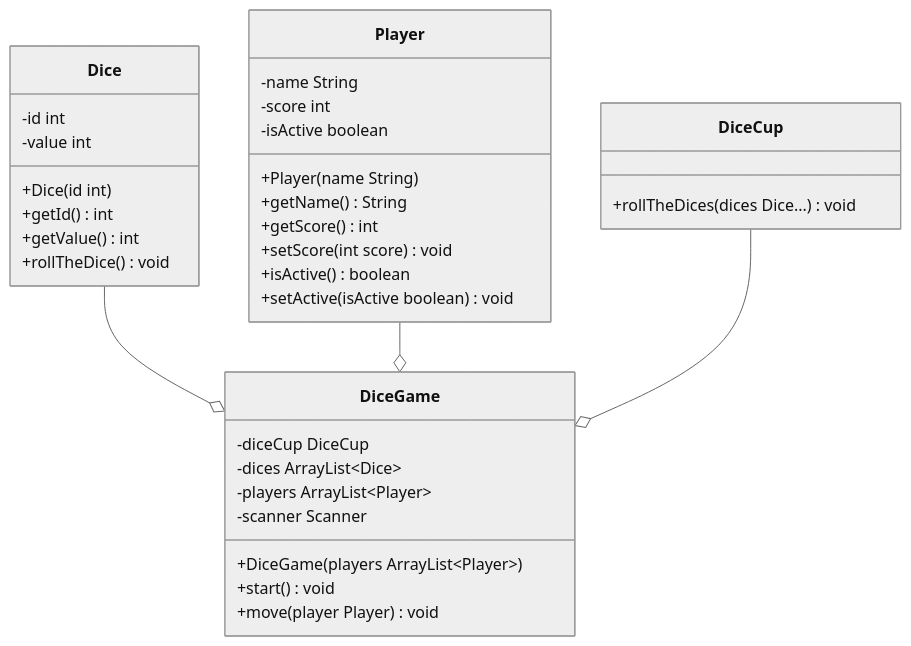
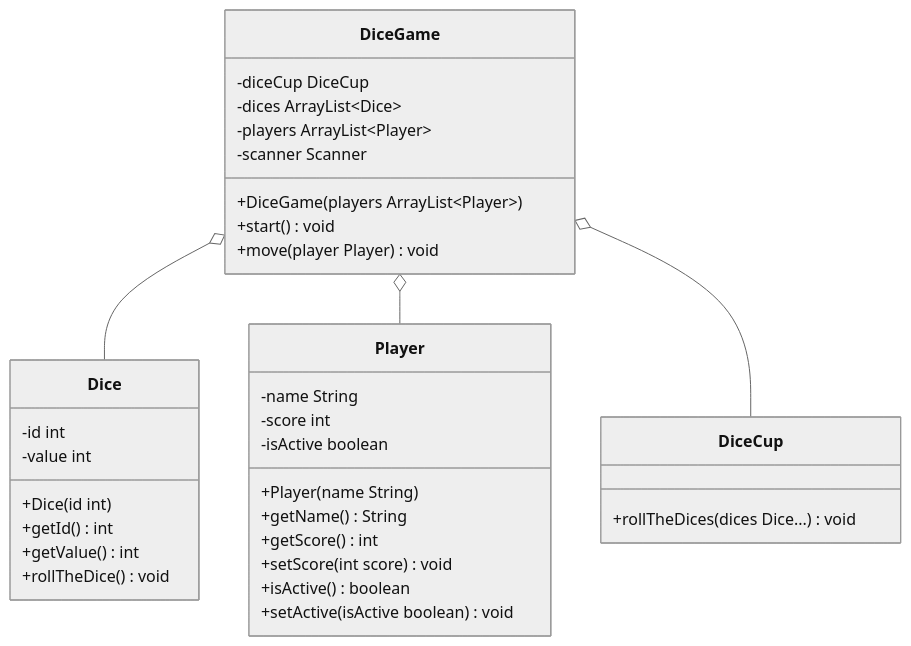
One commit to jappuccini/java-docs changed the diagram in docs/exercises/uml/class-diagrams02.md. Above: the diagram before and after it, drawn with Mermaid (neutral theme).

````diff
--- a/docs/exercises/uml/class-diagrams02.md
+++ b/docs/exercises/uml/class-diagrams02.md
@@ -17,41 +17,41 @@
 ```mermaid
 classDiagram
-    Dice --o DiceGame
-    Player --o DiceGame
-    DiceCup --o DiceGame
+    DiceGame o-- Dice
+    DiceGame o-- Player
+    DiceGame o-- DiceCup
 
     class Player {
         -name String
         -score int
         -isActive boolean
         +Player(name String)
         +getName() String
         +getScore() int
         +setScore(int score) void
         +isActive() boolean
         +setActive(isActive boolean) void
     } 
 
     class Dice {
         -id int
         -value int
         +Dice(id int)
         +getId() int
         +getValue() int
         +rollTheDice() void
     }
 
     class DiceCup {
         +rollTheDices(dices Dice...) void
     }
 
     class DiceGame {
         -diceCup DiceCup
         -dices ArrayList~Dice~
         -players ArrayList~Player~
         -scanner Scanner
         +DiceGame(players ArrayList~Player~)
         +start() void
         +move(player Player) void
     }
 ```
````
